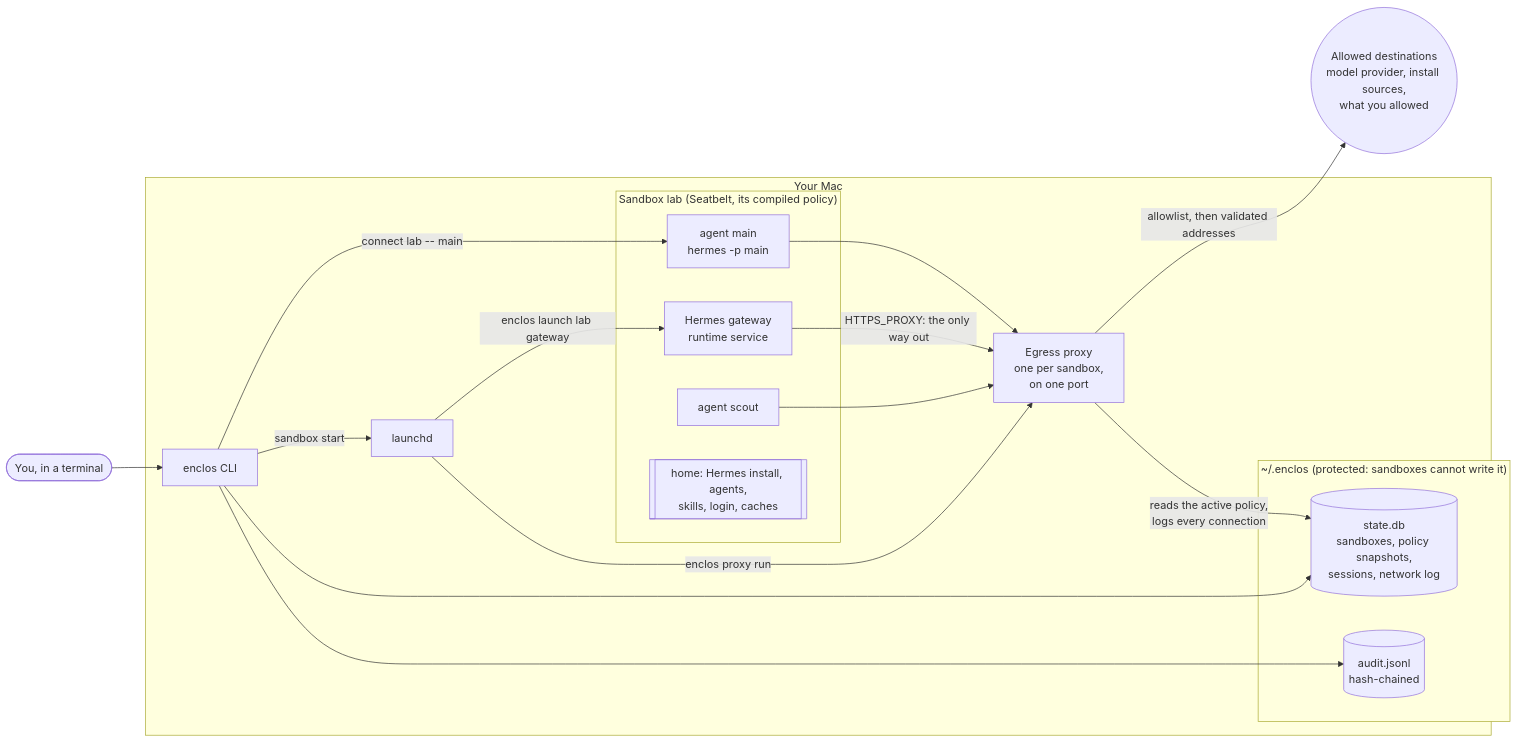
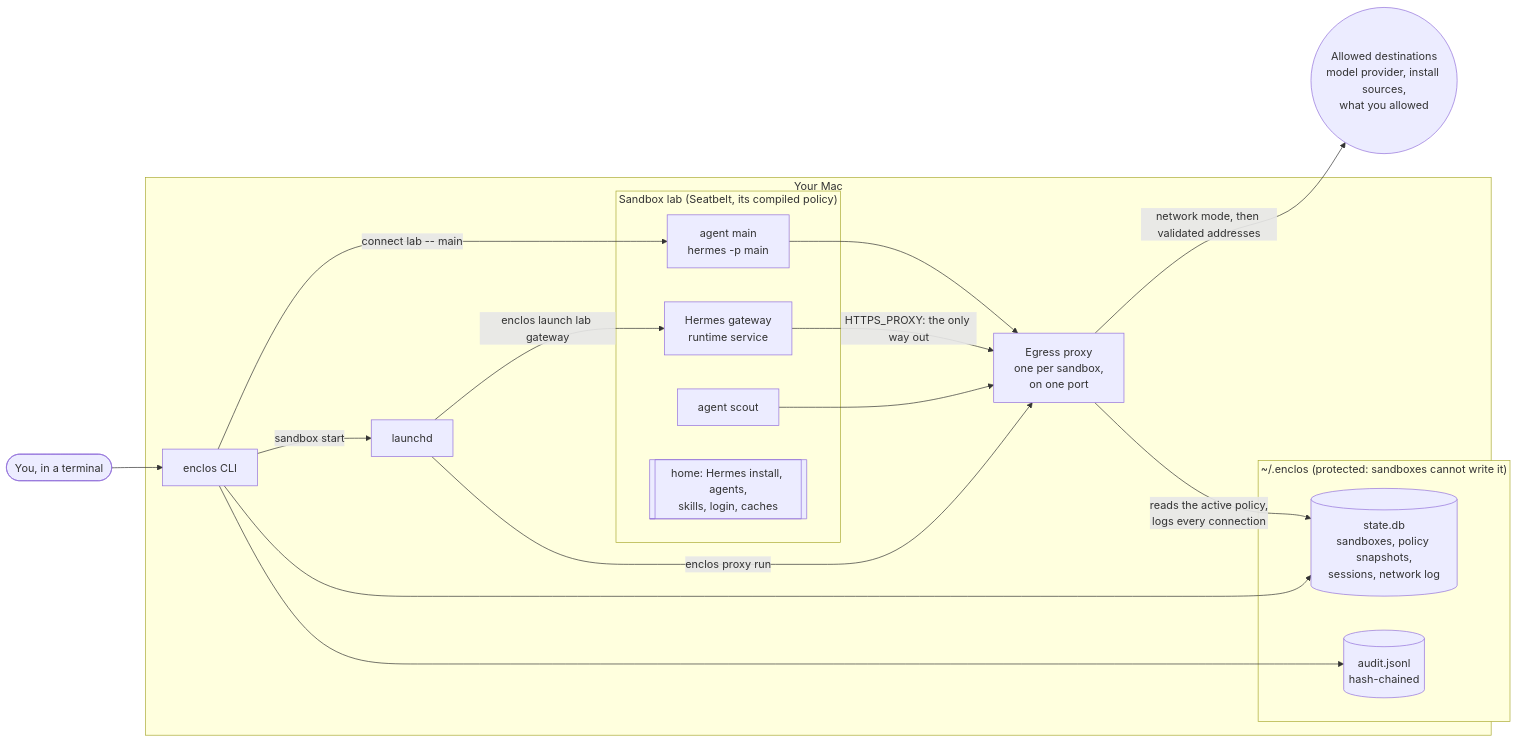
One commit to victorbonnet/enclos changed the first of 3 diagrams in docs/architecture.md. Above: the diagram before and after it, drawn with Mermaid. The commit also changed other lines of this file and 14 other files, not shown here.

````diff
--- a/docs/architecture.md
+++ b/docs/architecture.md
@@ -16,36 +16,36 @@
 ```mermaid
 flowchart LR
   you(["You, in a terminal"])
   net(("Allowed destinations<br/>model provider, install sources,<br/>what you allowed"))
 
   subgraph mac["Your Mac"]
     cli["enclos CLI"]
     launchd["launchd"]
     proxy["Egress proxy<br/>one per sandbox,<br/>on one port"]
 
     subgraph data["~/.enclos (protected: sandboxes cannot write it)"]
       state[("state.db<br/>sandboxes, policy snapshots,<br/>sessions, network log")]
       audit[("audit.jsonl<br/>hash-chained")]
     end
 
     subgraph sb["Sandbox lab (Seatbelt, its compiled policy)"]
       gateway["Hermes gateway<br/>runtime service"]
       main["agent main<br/>hermes -p main"]
       scout["agent scout"]
       home[["home: Hermes install, agents,<br/>skills, login, caches"]]
     end
   end
 
   you --> cli
   cli -->|"connect lab -- main"| main
   cli -->|"sandbox start"| launchd
   launchd -->|"enclos launch lab gateway"| gateway
   launchd -->|"enclos proxy run"| proxy
   cli --> state
   cli --> audit
   gateway -->|"HTTPS_PROXY: the only way out"| proxy
   main --> proxy
   scout --> proxy
-  proxy -->|"allowlist, then validated addresses"| net
+  proxy -->|"network mode, then validated addresses"| net
   proxy -->|"reads the active policy,<br/>logs every connection"| state
 ```
````
